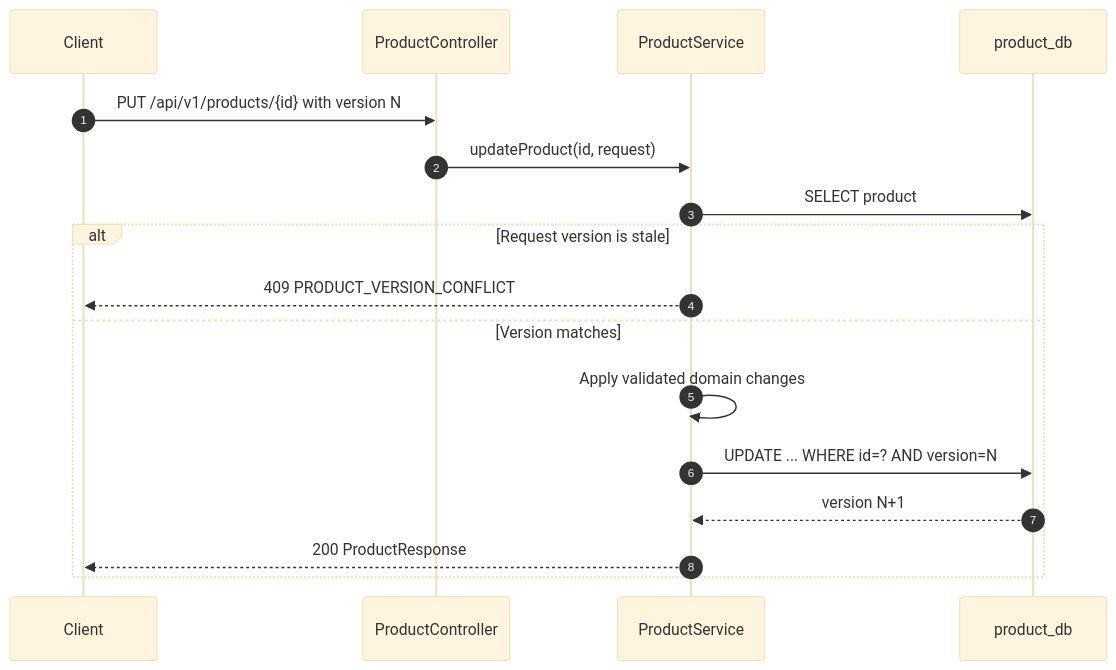
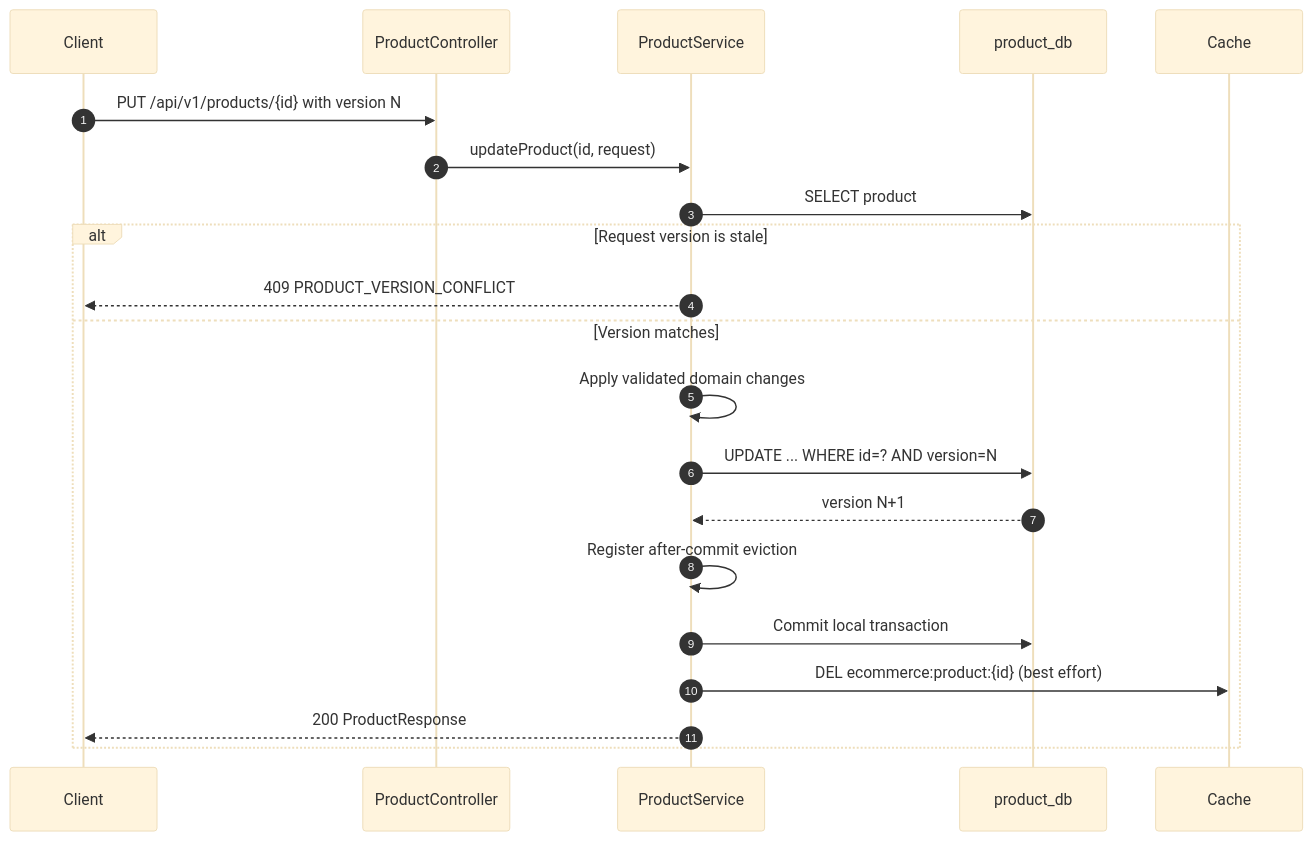
The third of 3 diagrams in docs/flows/product-flow.md (tranverse/ecommerce-microservices), drawn with Mermaid (base theme) before and after one commit. The commit also changed other lines of this file and 19 other files, not shown here.

````diff
--- a/docs/flows/product-flow.md
+++ b/docs/flows/product-flow.md
@@ -35,20 +61,23 @@
 ```mermaid
 sequenceDiagram
     autonumber
     participant Client
     participant API as ProductController
     participant App as ProductService
     participant DB as product_db
 
     Client->>API: PUT /api/v1/products/{id} with version N
     API->>App: updateProduct(id, request)
     App->>DB: SELECT product
     alt Request version is stale
         App-->>Client: 409 PRODUCT_VERSION_CONFLICT
     else Version matches
         App->>App: Apply validated domain changes
         App->>DB: UPDATE ... WHERE id=? AND version=N
         DB-->>App: version N+1
+        App->>App: Register after-commit eviction
+        App->>DB: Commit local transaction
+        App->>Cache: DEL ecommerce:product:{id} (best effort)
         App-->>Client: 200 ProductResponse
     end
 ```
````
